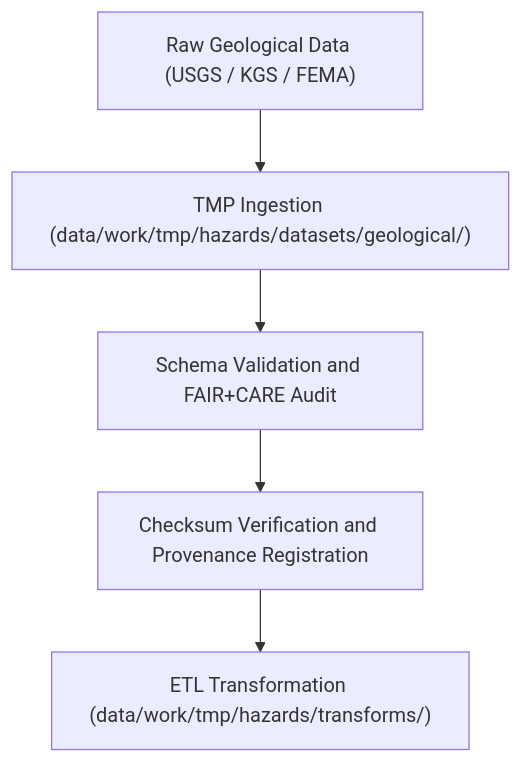
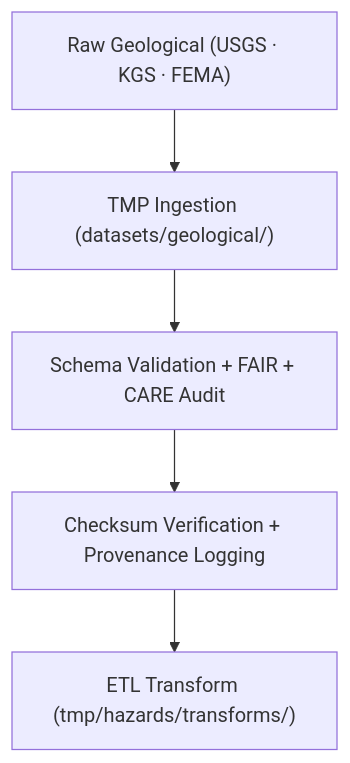
The diagram in data/work/tmp/hazards/datasets/geological/README.md (bartytime4life/Kansas-Frontier-Matrix), drawn with Mermaid before and after one commit. The commit also changed other lines of this file, not shown here.

````diff
--- a/data/work/tmp/hazards/datasets/geological/README.md
+++ b/data/work/tmp/hazards/datasets/geological/README.md
@@ -63,7 +64,7 @@
 ```mermaid
 flowchart TD
-    A["Raw Geological Data (USGS / KGS / FEMA)"] --> B["TMP Ingestion (data/work/tmp/hazards/datasets/geological/)"]
-    B --> C["Schema Validation and FAIR+CARE Audit"]
-    C --> D["Checksum Verification and Provenance Registration"]
-    D --> E["ETL Transformation (data/work/tmp/hazards/transforms/)"]
+    A["Raw Geological (USGS · KGS · FEMA)"] --> B["TMP Ingestion (datasets/geological/)"]
+    B --> C["Schema Validation + FAIR + CARE Audit"]
+    C --> D["Checksum Verification + Provenance Logging"]
+    D --> E["ETL Transform (tmp/hazards/transforms/)"]
 ```
````
